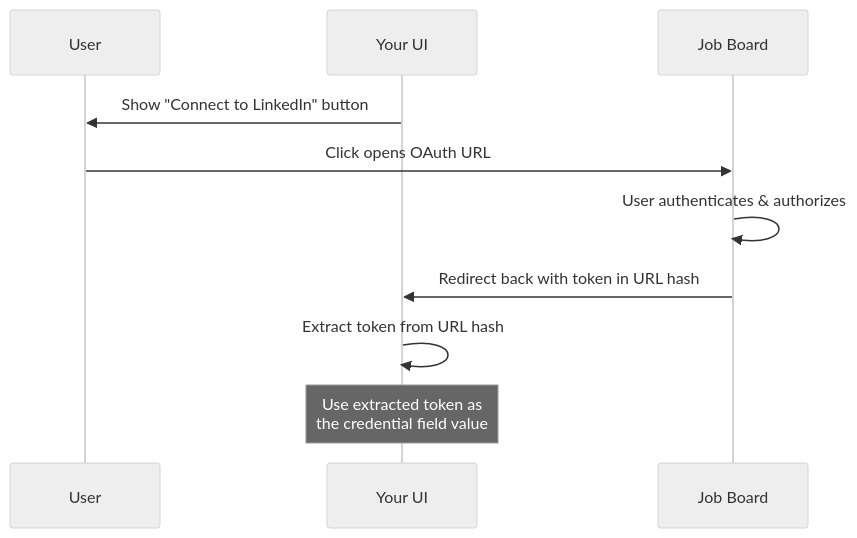
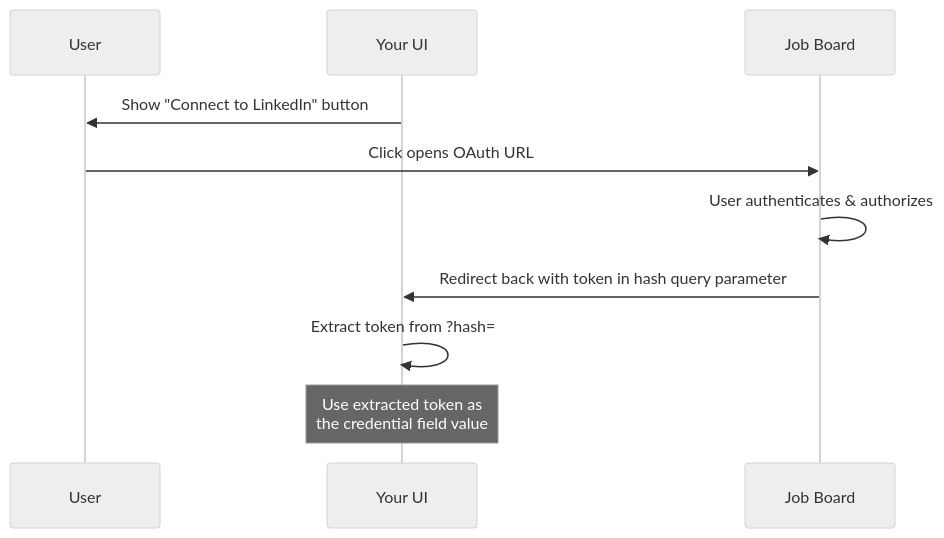
Before and after one commit to vonq/hapi-docs: the second of 2 diagrams in docs/guides/14-scenarios/contract-setup.md, drawn with Mermaid (neutral theme). The commit also changed other lines of this file and 43 other files, not shown here.

````diff
--- a/docs/guides/14-scenarios/contract-setup.md
+++ b/docs/guides/14-scenarios/contract-setup.md
@@ -123,14 +123,14 @@
 ```mermaid
 %%{init: {'sequence': {'useMaxWidth': true}}}%%
 sequenceDiagram
     participant User
     participant YourUI as Your UI
     participant Board as Job Board
 
     YourUI->>User: Show "Connect to LinkedIn" button
     User->>Board: Click opens OAuth URL
     Board->>Board: User authenticates & authorizes
-    Board->>YourUI: Redirect back with token in URL hash
-    YourUI->>YourUI: Extract token from URL hash
+    Board->>YourUI: Redirect back with token in hash query parameter
+    YourUI->>YourUI: Extract token from ?hash=
     Note over YourUI: Use extracted token as<br/>the credential field value
 ```
````
